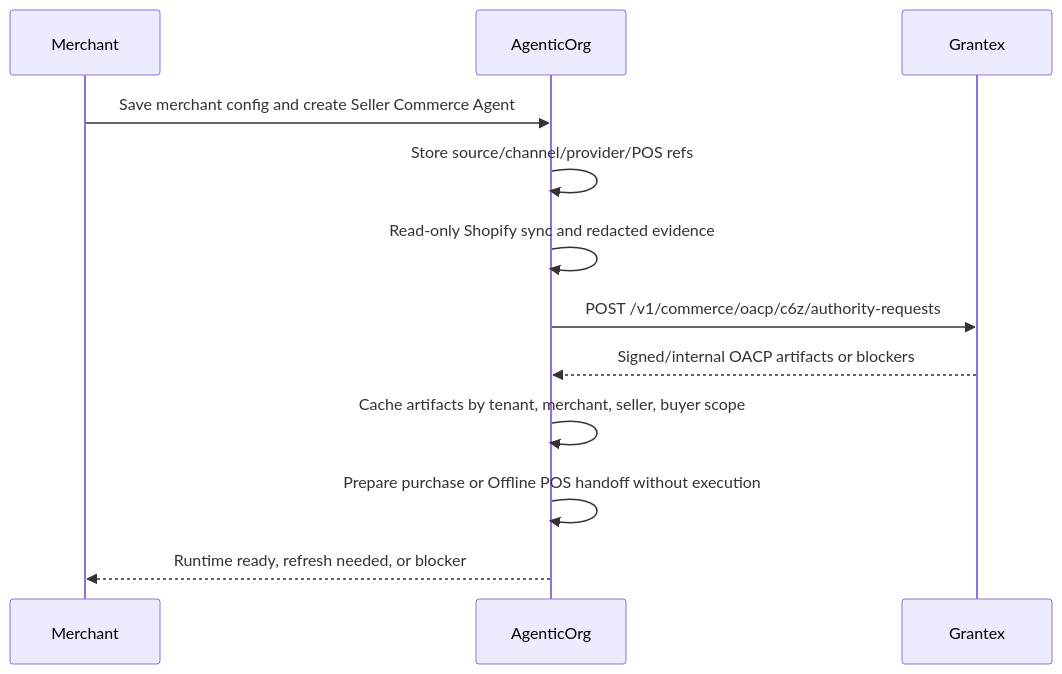
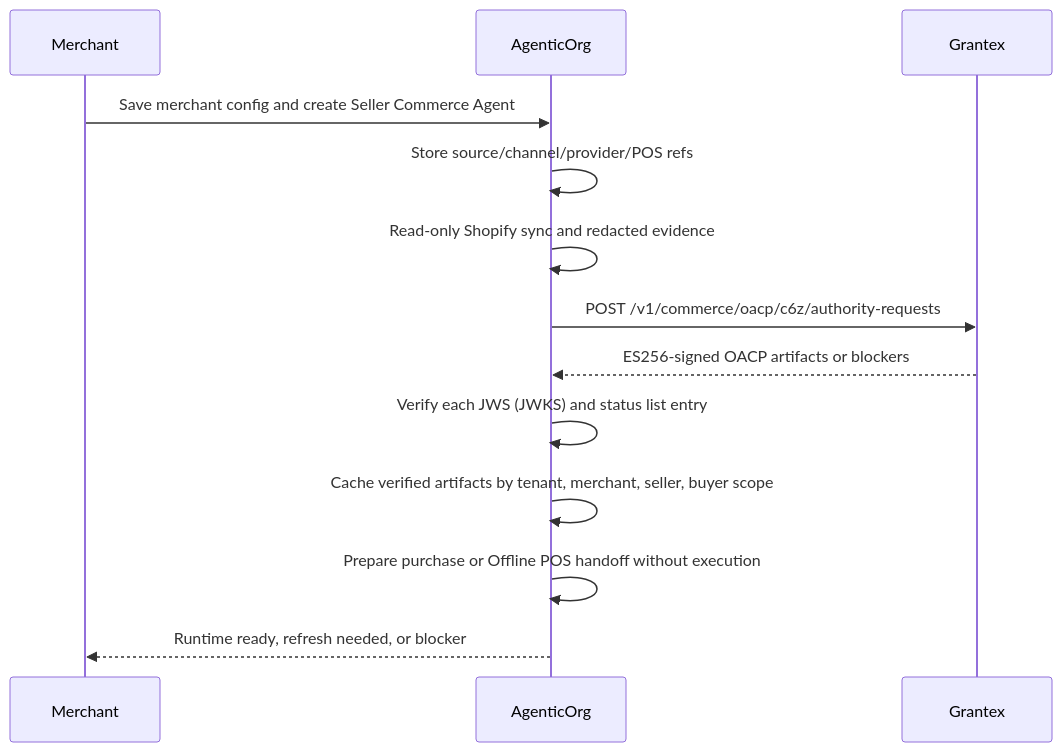
Before and after one commit to mishrasanjeev/grantex: the diagram in docs/guides/oacp/agenticorg-integration.mdx, drawn with Mermaid. The commit also changed other lines of this file and 33 other files, not shown here.

Commit message:
feat(oacp): ES256-signed, DB-keyed, persisted and revocable OACP artifacts (G1-G4)

````diff
--- a/docs/guides/oacp/agenticorg-integration.mdx
+++ b/docs/guides/oacp/agenticorg-integration.mdx
@@ -13,14 +13,15 @@
 ```mermaid
 sequenceDiagram
   participant M as Merchant
   participant A as AgenticOrg
   participant G as Grantex
   M->>A: Save merchant config and create Seller Commerce Agent
   A->>A: Store source/channel/provider/POS refs
   A->>A: Read-only Shopify sync and redacted evidence
   A->>G: POST /v1/commerce/oacp/c6z/authority-requests
-  G-->>A: Signed/internal OACP artifacts or blockers
-  A->>A: Cache artifacts by tenant, merchant, seller, buyer scope
+  G-->>A: ES256-signed OACP artifacts or blockers
+  A->>A: Verify each JWS (JWKS) and status list entry
+  A->>A: Cache verified artifacts by tenant, merchant, seller, buyer scope
   A->>A: Prepare purchase or Offline POS handoff without execution
   A-->>M: Runtime ready, refresh needed, or blocker
 ```
````
